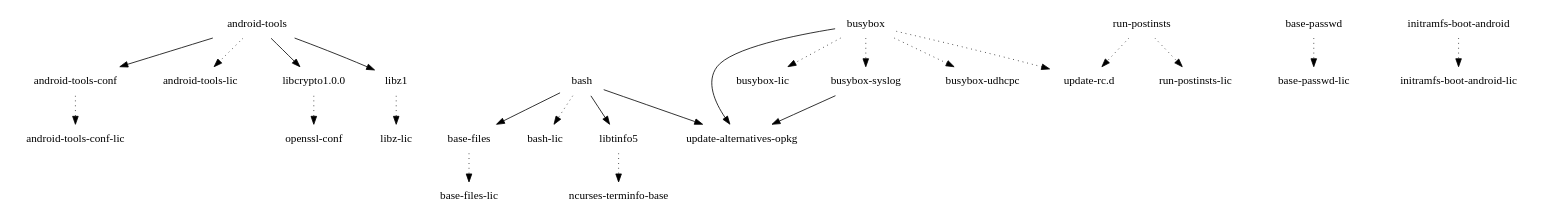
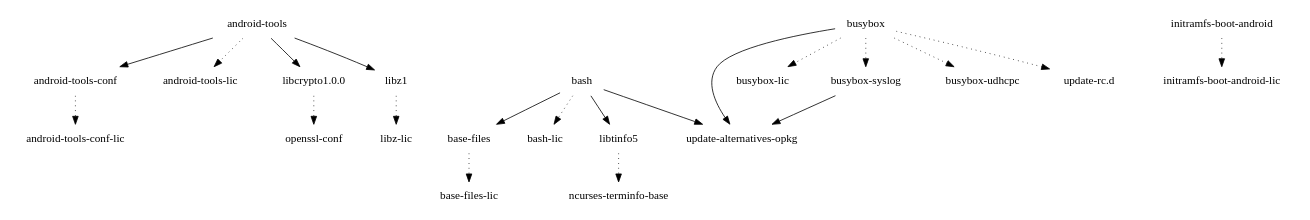
The diagram in images/grouper/glibc/initramfs-android-image/depends-nokernel-nolibc.dot (webOS-ports/buildhistory), drawn with Graphviz before and after one commit. The commit also changed 8 other files, not shown here.

```diff
--- a/images/grouper/glibc/initramfs-android-image/depends-nokernel-nolibc.dot
+++ b/images/grouper/glibc/initramfs-android-image/depends-nokernel-nolibc.dot
@@ -1,26 +1,23 @@
 digraph depends {
     node [shape=plaintext]
 "android-tools" -> "android-tools-conf";
 "android-tools" -> "android-tools-lic" [style=dotted];
 "android-tools" -> "libcrypto1.0.0";
 "android-tools" -> "libz1";
 "android-tools-conf" -> "android-tools-conf-lic" [style=dotted];
 "base-files" -> "base-files-lic" [style=dotted];
-"base-passwd" -> "base-passwd-lic" [style=dotted];
 "bash" -> "base-files";
 "bash" -> "bash-lic" [style=dotted];
 "bash" -> "libtinfo5";
 "bash" -> "update-alternatives-opkg";
 "busybox" -> "busybox-lic" [style=dotted];
 "busybox" -> "busybox-syslog" [style=dotted];
 "busybox" -> "busybox-udhcpc" [style=dotted];
 "busybox" -> "update-alternatives-opkg";
 "busybox" -> "update-rc.d" [style=dotted];
 "busybox-syslog" -> "update-alternatives-opkg";
 "initramfs-boot-android" -> "initramfs-boot-android-lic" [style=dotted];
 "libcrypto1.0.0" -> "openssl-conf" [style=dotted];
 "libtinfo5" -> "ncurses-terminfo-base" [style=dotted];
 "libz1" -> "libz-lic" [style=dotted];
-"run-postinsts" -> "run-postinsts-lic" [style=dotted];
-"run-postinsts" -> "update-rc.d" [style=dotted];
 }
```
